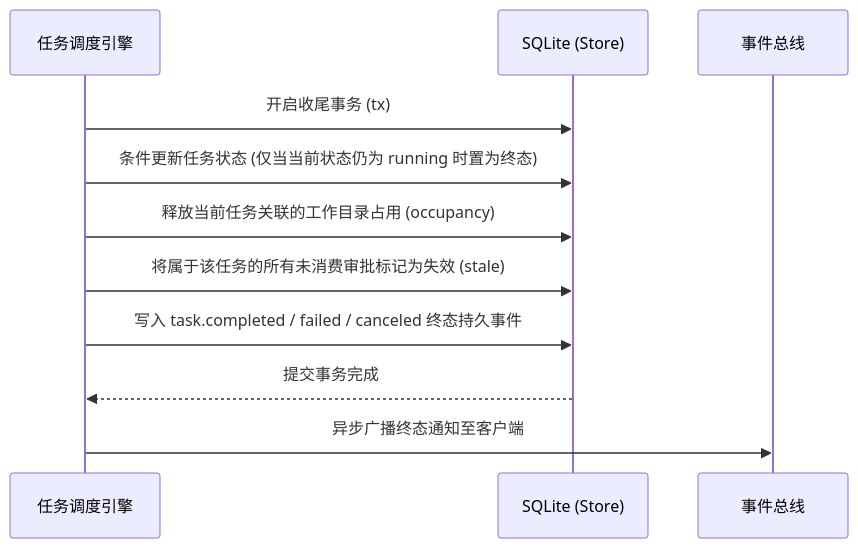
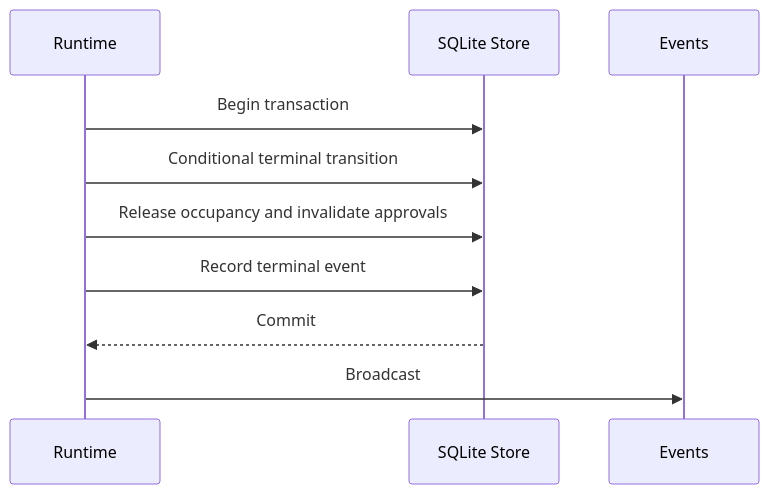
The second of 2 diagrams in docs/modules/core.md (num-lab/Ruukoto), drawn with Mermaid before and after one commit. The commit also changed other lines of this file and 3987 other files, not shown here.

````diff
--- a/docs/modules/core.md
+++ b/docs/modules/core.md
@@ -105,14 +68,12 @@
 ```mermaid
 sequenceDiagram
-  participant Runtime as 任务调度引擎
-  participant Db as SQLite (Store)
-  participant Events as 事件总线
-
-  Runtime->>Db: 开启收尾事务 (tx)
-  Runtime->>Db: 条件更新任务状态 (仅当当前状态仍为 running 时置为终态)
-  Runtime->>Db: 释放当前任务关联的工作目录占用 (occupancy)
-  Runtime->>Db: 将属于该任务的所有未消费审批标记为失效 (stale)
-  Runtime->>Db: 写入 task.completed / failed / canceled 终态持久事件
-  Db-->>Runtime: 提交事务完成
-  Runtime->>Events: 异步广播终态通知至客户端
+  participant Runtime
+  participant Store as SQLite Store
+  participant Events
+  Runtime->>Store: Begin transaction
+  Runtime->>Store: Conditional terminal transition
+  Runtime->>Store: Release occupancy and invalidate approvals
+  Runtime->>Store: Record terminal event
+  Store-->>Runtime: Commit
+  Runtime->>Events: Broadcast
 ```
````
